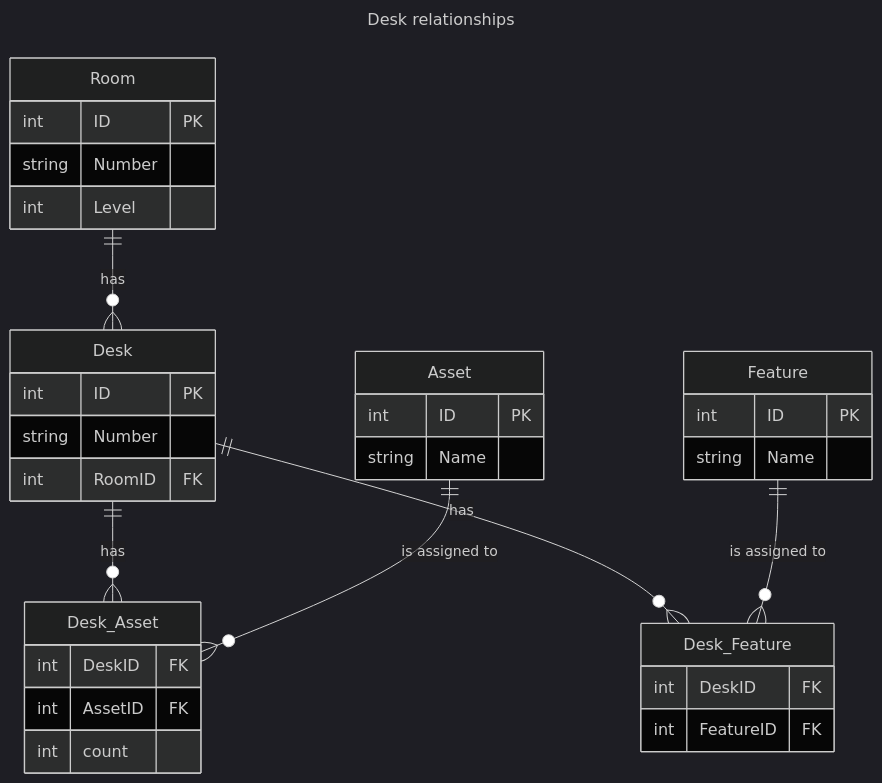
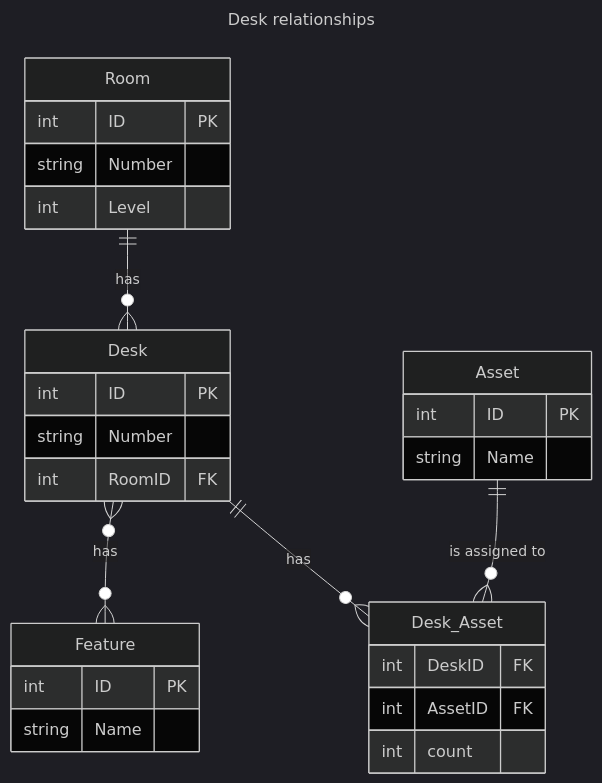
Before and after one commit to JozwiakPiotr/pi: the third of 6 diagrams in docs/architecture.md, drawn with Mermaid (dark theme).

Commit message:
refactor architecture documentation

````diff
--- a/docs/architecture.md
+++ b/docs/architecture.md
@@ -39,46 +39,41 @@
 ```mermaid
 ---
 title: Desk relationships
 ---
 erDiagram
     Room {
         int ID PK
         string Number
         int Level
     }
     Desk {
         int ID PK
         string Number
         int RoomID FK
     }
     Feature {
         int ID PK
         string Name
     }
-    Desk_Feature {
-        int DeskID FK
-        int FeatureID FK
-    }
     Asset {
         int ID PK
         string Name
     }
     Desk_Asset {
         int DeskID FK
         int AssetID FK
         int count
     }
 
+    %% Relacja N:N - Desk ma wiele lub 0 Feature i na odwrót 
+    Desk }o--o{ Feature: "has"
+
     %% Relacja 1:N - Jeden Pokój ma wiele Biurek
     Room ||--o{ Desk : "has"
 
     %% Relacja 1:N - Jedno Biurko ma wiele wpisów o sprzęcie
     Desk ||--o{ Desk_Asset : "has"
     
     %% Relacja 1:N - Jeden Sprzęt ze słownika może być na wielu biurkach
     Asset ||--o{ Desk_Asset : "is assigned to"
-
-    %% Relacje dla Cech (Features) - fizyczny model bazy wymaga tabeli łączącej
-    Desk ||--o{ Desk_Feature : "has"
-    Feature ||--o{ Desk_Feature : "is assigned to"
 ```
````
